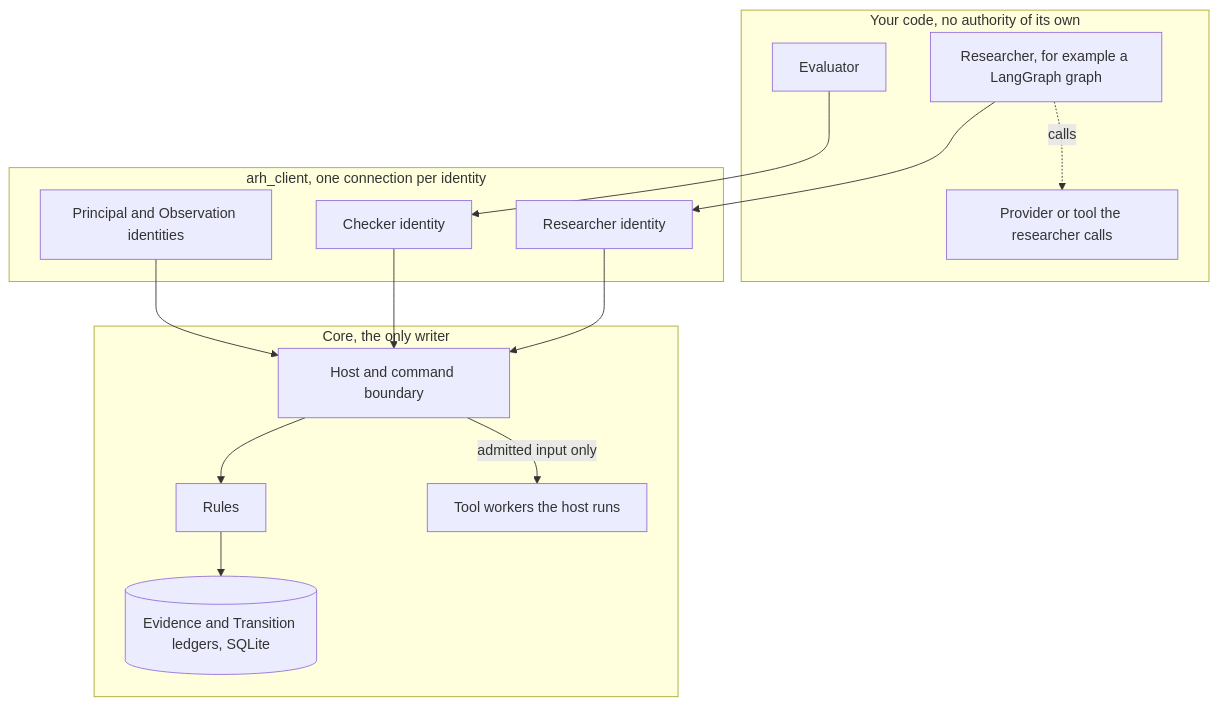
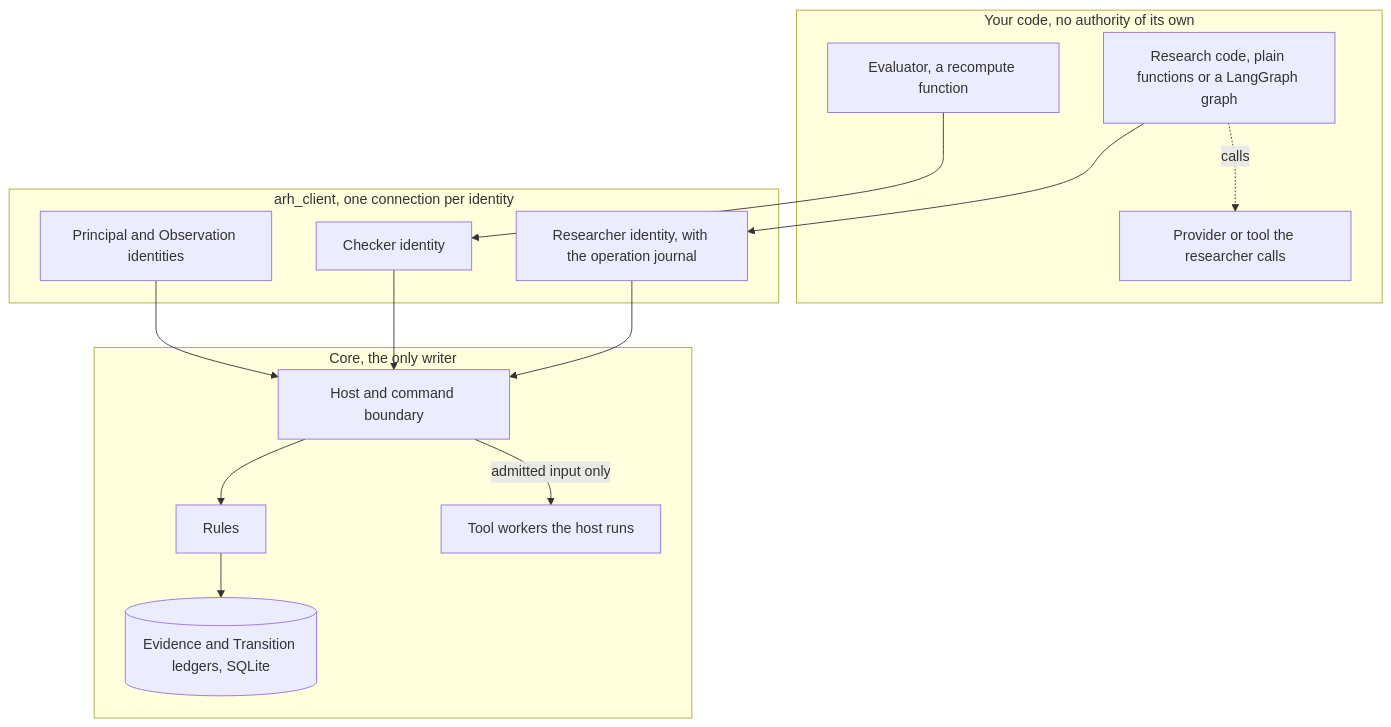
Before and after one commit to reckoning-machines/adaptive-research-harness: the diagram in architecture.md, drawn with Mermaid. The commit also changed other lines of this file and 2 other files, not shown here.

Commit message:
Documents: the everyday interface first in the README, architecture and runbook

````diff
--- a/architecture.md
+++ b/architecture.md
@@ -18,25 +20,25 @@
 ```mermaid
 flowchart TB
   subgraph team [Your code, no authority of its own]
-    W[Researcher, for example a LangGraph graph]
-    E[Evaluator]
+    W[Research code, plain functions or a LangGraph graph]
+    E[Evaluator, a recompute function]
     T[Provider or tool the researcher calls]
   end
   subgraph client [arh_client, one connection per identity]
-    CR[Researcher identity]
+    CR[Researcher identity, with the operation journal]
     CE[Checker identity]
     CP[Principal and Observation identities]
   end
   subgraph core [Core, the only writer]
     H[Host and command boundary]
     RU[Rules]
     L[(Evidence and Transition ledgers, SQLite)]
     TW[Tool workers the host runs]
   end
   W --> CR --> H
   E --> CE --> H
   CP --> H
   H --> RU --> L
   H -->|admitted input only| TW
   W -. calls .-> T
 ```
````
